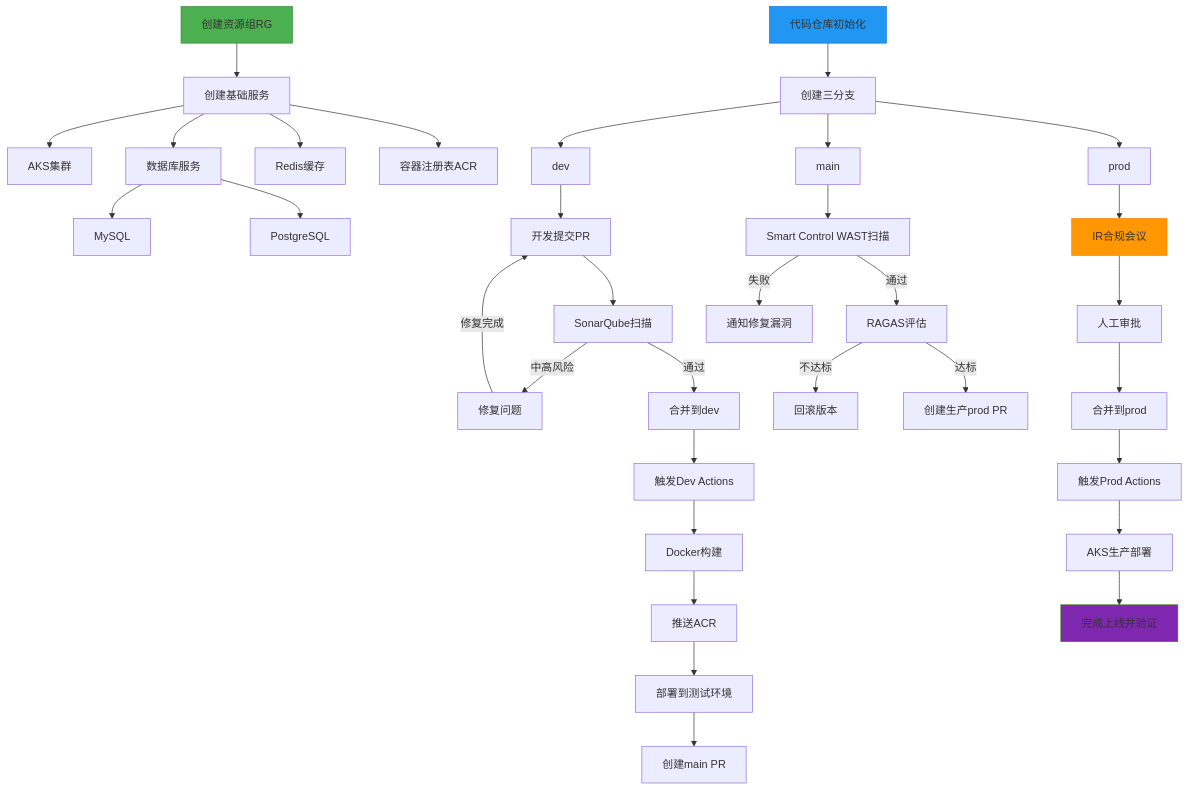
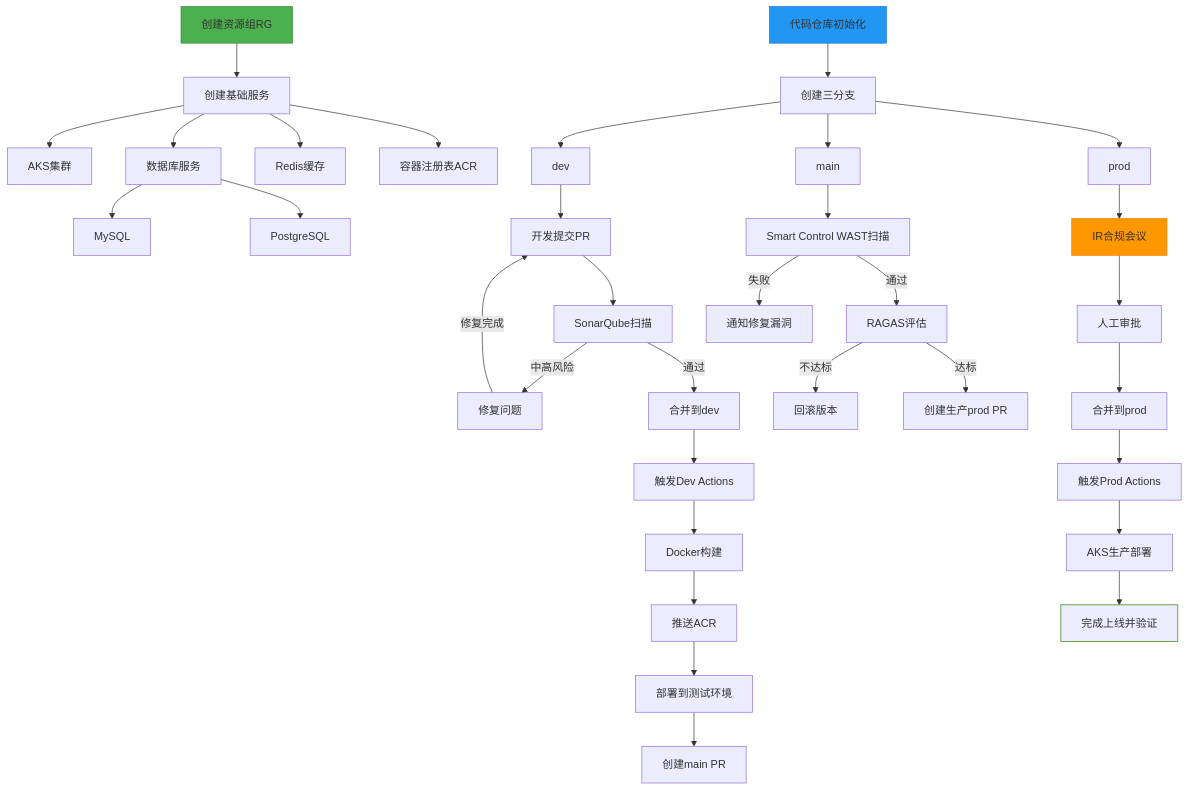
Before and after one commit to funnyData/iodraw-files: the diagram in all/未命名-1.md, drawn with Mermaid.

Commit message:
2025-02-27 09:24:21 update

````diff
--- a/all/未命名-1.md
+++ b/all/未命名-1.md
@@ -1,61 +1,61 @@
 ```mermaid
 graph TD
     A[创建资源组RG] --> B[创建基础服务]
     B --> C[AKS集群]
     B --> D[数据库服务]
     D --> DA[MySQL]
     D --> DB[PostgreSQL]
     B --> E[Redis缓存]
     B --> F[容器注册表ACR]
     
     G[代码仓库初始化] --> H[创建三分支]
     H --> I[dev]
     H --> J[main]
     H --> K[prod]
     K --> W[IR合规会议]
     J --> T[Smart Control WAST扫描]
     
     I --> L[开发提交PR]
     L --> M[SonarQube扫描]
     M -->|中高风险| N[修复问题]
     N -->|修复完成|L
     M -->|通过| O[合并到dev]
     
     O --> P[触发Dev Actions]
     P --> Q[Docker构建]
     Q --> R[推送ACR]
     R --> S[部署到测试环境]
     S --> SA[创建main PR]
     %% S -->V[创建生产PR]
 
     
     %% S --> T[Smart Control WAST扫描]
     %% T -->|失败| U[通知修复]
 
     
     %% T -->|通过| V[创建生产PR]
     T--> |通过|AD[RAGAS评估]
     AD -->|不达标| AE[回滚版本]
     AD -->|达标| AF[创建生产prod PR]
     T -->|失败| U[通知修复漏洞]
     
     %% V --> W[IR合规会议]
     W --> X[人工审批]
     X --> Y[合并到prod]
     
     Y --> Z[触发Prod Actions]
     Z --> AC[AKS生产部署]
     AC --> ZA[完成上线并验证]
     %% Z --> AA[安全扫描]
     %% AA -->|高风险| AB[终止部署]
     %% AA -->|通过| AC[AKS生产部署]
     
     %% AC --> AD[RAGAS评估]
     %% AD -->|不达标| AE[回滚版本]
     %% AD -->|达标| AF[完成上线]
     
     style A fill:#4CAF50,stroke:#388E3C
     style G fill:#2196F3,stroke:#1976D2
     style W fill:#FF9800,stroke:#F57C00
-    style ZA fill:#8027B0,stroke:#2B7F00
+    style ZA fill:#827B0,stroke:#2B7F00
 ```
````
